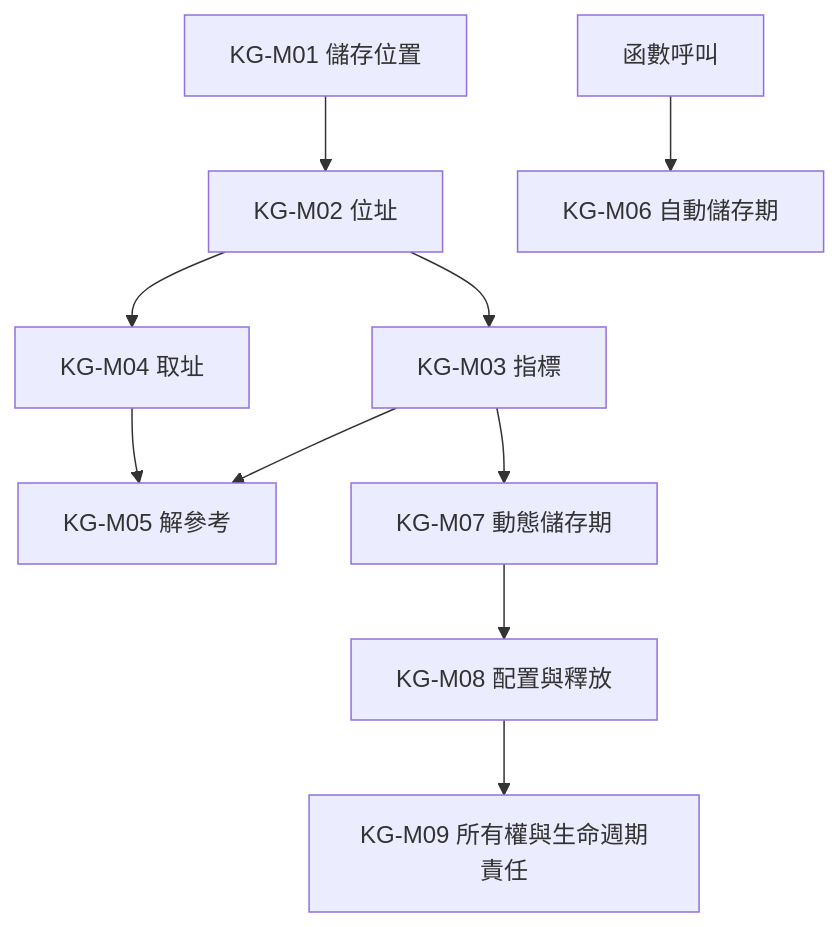
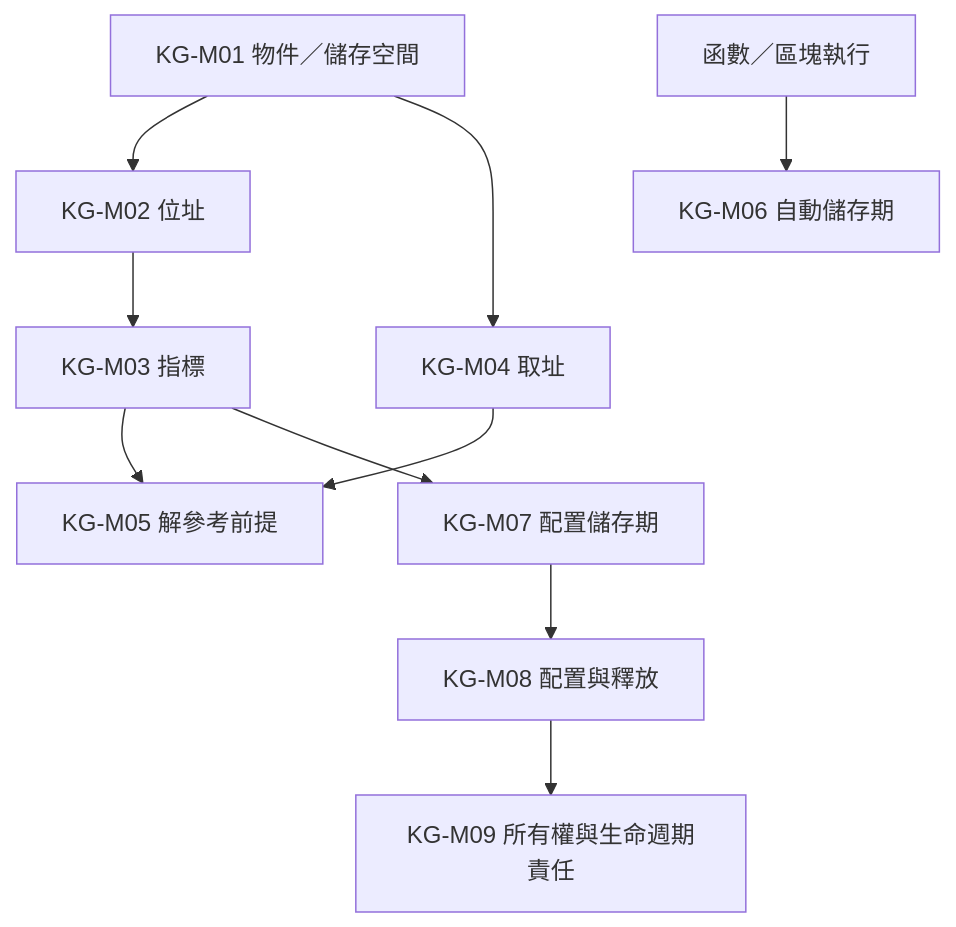
Before and after one commit to inred329/summer_pre_course_2026: the sixth of 9 diagrams in design/04-programming-language-knowledge-graph.zh-TW.md, drawn with Mermaid. The commit also changed other lines of this file and 104 other files, not shown here.

````diff
--- a/design/04-programming-language-knowledge-graph.zh-TW.md
+++ b/design/04-programming-language-knowledge-graph.zh-TW.md
@@ -180,12 +187,12 @@
 ```mermaid
 flowchart TD
-    M01[KG-M01 儲存位置] --> M02[KG-M02 位址]
+    M01[KG-M01 物件／儲存空間] --> M02[KG-M02 位址]
     M02 --> M03[KG-M03 指標]
-    M02 --> M04[KG-M04 取址]
-    M03 --> M05[KG-M05 解參考]
+    M01 --> M04[KG-M04 取址]
+    M03 --> M05[KG-M05 解參考前提]
     M04 --> M05
-    F07[函數呼叫] --> M06[KG-M06 自動儲存期]
-    M03 --> M07[KG-M07 動態儲存期]
+    F07[函數／區塊執行] --> M06[KG-M06 自動儲存期]
+    M03 --> M07[KG-M07 配置儲存期]
     M07 --> M08[KG-M08 配置與釋放]
     M08 --> M09[KG-M09 所有權與生命週期責任]
 ```
````
